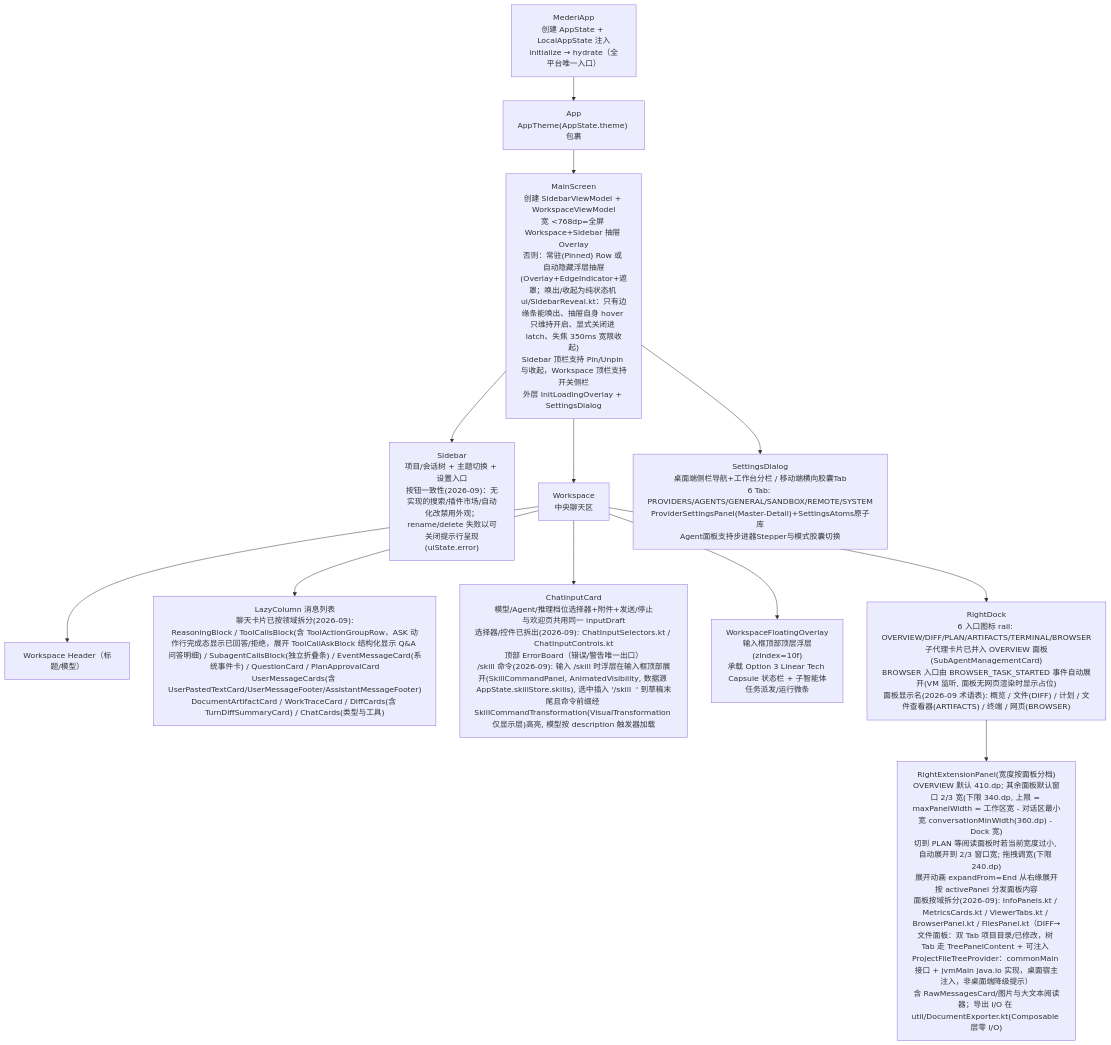
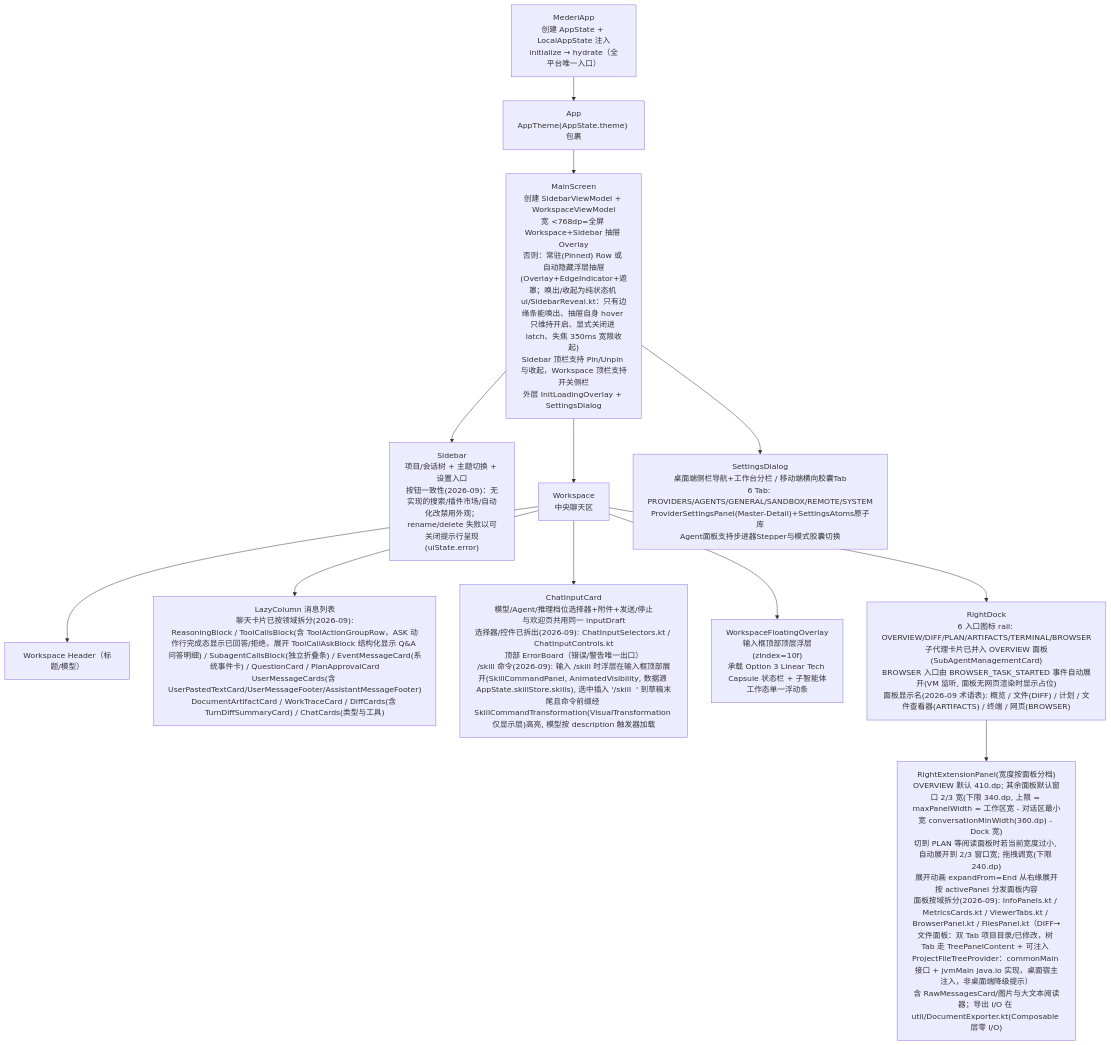
Before and after one commit to lzdev42/mederi: the third of 4 diagrams in docs/architecture/02-app-shared.md, drawn with Mermaid. The commit also changed other lines of this file and 101 other files, not shown here.

````diff
--- a/docs/architecture/02-app-shared.md
+++ b/docs/architecture/02-app-shared.md
@@ -426,24 +435,24 @@
 ```mermaid
 flowchart TD
     MA["MederiApp<br/>创建 AppState + LocalAppState 注入<br/>initialize → hydrate（全平台唯一入口）"]
     APP["App<br/>AppTheme(AppState.theme) 包裹"]
     MS["MainScreen<br/>创建 SidebarViewModel + WorkspaceViewModel<br/>宽 <768dp=全屏 Workspace+Sidebar 抽屉 Overlay<br/>否则：常驻(Pinned) Row 或 自动隐藏浮层抽屉(Overlay+EdgeIndicator+遮罩；唤出/收起为纯状态机 ui/SidebarReveal.kt：只有边缘条能唤出、抽屉自身 hover 只维持开启、显式关闭进 latch、失焦 350ms 宽限收起)<br/>Sidebar 顶栏支持 Pin/Unpin 与收起，Workspace 顶栏支持开关侧栏<br/>外层 InitLoadingOverlay + SettingsDialog"]
     SB["Sidebar<br/>项目/会话树 + 主题切换 + 设置入口<br/>按钮一致性(2026-09)：无实现的搜索/插件市场/自动化改禁用外观；rename/delete 失败以可关闭提示行呈现(uiState.error)"]
     WS["Workspace<br/>中央聊天区"]
     HDR["Workspace Header（标题/模型）"]
     LIST["LazyColumn 消息列表<br/>聊天卡片已按领域拆分(2026-09):<br/>ReasoningBlock / ToolCallsBlock(含 ToolActionGroupRow，ASK 动作行完成态显示已回答/拒绝，展开 ToolCallAskBlock 结构化显示 Q&A 问答明细) / SubagentCallsBlock(独立折叠条) / EventMessageCard(系统事件卡) / QuestionCard / PlanApprovalCard<br/>UserMessageCards(含 UserPastedTextCard/UserMessageFooter/AssistantMessageFooter)<br/>DocumentArtifactCard / WorkTraceCard / DiffCards(含 TurnDiffSummaryCard) / ChatCards(类型与工具)"]
     INPUT["ChatInputCard<br/>模型/Agent/推理档位选择器+附件+发送/停止<br/>与欢迎页共用同一 inputDraft<br/>选择器/控件已拆出(2026-09): ChatInputSelectors.kt / ChatInputControls.kt<br/>顶部 ErrorBoard（错误/警告唯一出口）<br/>/skill 命令(2026-09): 输入 /skill 时浮层在输入框顶部展开(SkillCommandPanel, AnimatedVisibility, 数据源 AppState.skillStore.skills), 选中插入 '/skill <name> ' 到草稿末尾且命令前缀经 SkillCommandTransformation(VisualTransformation 仅显示层)高亮, 模型按 description 触发器加载"]
-    WFO["WorkspaceFloatingOverlay<br/>输入框顶部顶层浮层(zIndex=10f)<br/>承载 Option 3 Linear Tech Capsule 状态栏 + 子智能体任务派发/运行微条"]
+    WFO["WorkspaceFloatingOverlay<br/>输入框顶部顶层浮层(zIndex=10f)<br/>承载 Option 3 Linear Tech Capsule 状态栏 + 子智能体工作态单一浮动条"]
     DOCK["RightDock<br/>6 入口图标 rail: OVERVIEW/DIFF/PLAN/ARTIFACTS/TERMINAL/BROWSER<br/>子代理卡片已并入 OVERVIEW 面板(SubAgentManagementCard)<br/>BROWSER 入口由 BROWSER_TASK_STARTED 事件自动展开(VM 监听, 面板无网页渲染时显示占位)<br/>面板显示名(2026-09 术语表): 概览 / 文件(DIFF) / 计划 / 文件查看器(ARTIFACTS) / 终端 / 网页(BROWSER)"]
     REP["RightExtensionPanel(宽度按面板分档)<br/>OVERVIEW 默认 410.dp; 其余面板默认窗口 2/3 宽(下限 340.dp, 上限 = maxPanelWidth = 工作区宽 - 对话区最小宽 conversationMinWidth(360.dp) - Dock 宽)<br/>切到 PLAN 等阅读面板时若当前宽度过小, 自动展开到 2/3 窗口宽; 拖拽调宽(下限 240.dp)<br/>展开动画 expandFrom=End 从右缘展开<br/>按 activePanel 分发面板内容<br/>面板按域拆分(2026-09): InfoPanels.kt / MetricsCards.kt / ViewerTabs.kt / BrowserPanel.kt / FilesPanel.kt（DIFF→文件面板：双 Tab 项目目录/已修改，树 Tab 走 TreePanelContent + 可注入 ProjectFileTreeProvider：commonMain 接口 + jvmMain java.io 实现，桌面宿主注入，非桌面端降级提示）<br/>含 RawMessagesCard/图片与大文本阅读器；导出 I/O 在 util/DocumentExporter.kt(Composable 层零 I/O)"]
     SD["SettingsDialog<br/>桌面端侧栏导航+工作台分栏 / 移动端横向胶囊Tab<br/>6 Tab: PROVIDERS/AGENTS/GENERAL/SANDBOX/REMOTE/SYSTEM<br/>ProviderSettingsPanel(Master-Detail)+SettingsAtoms原子库<br/>Agent面板支持步进器Stepper与模式胶囊切换"]
     MA --> APP --> MS
     MS --> SB
     MS --> WS
     WS --> HDR
     WS --> LIST
     WS --> WFO
     WS --> INPUT
     WS --> DOCK --> REP
     MS --> SD
 ```
````
